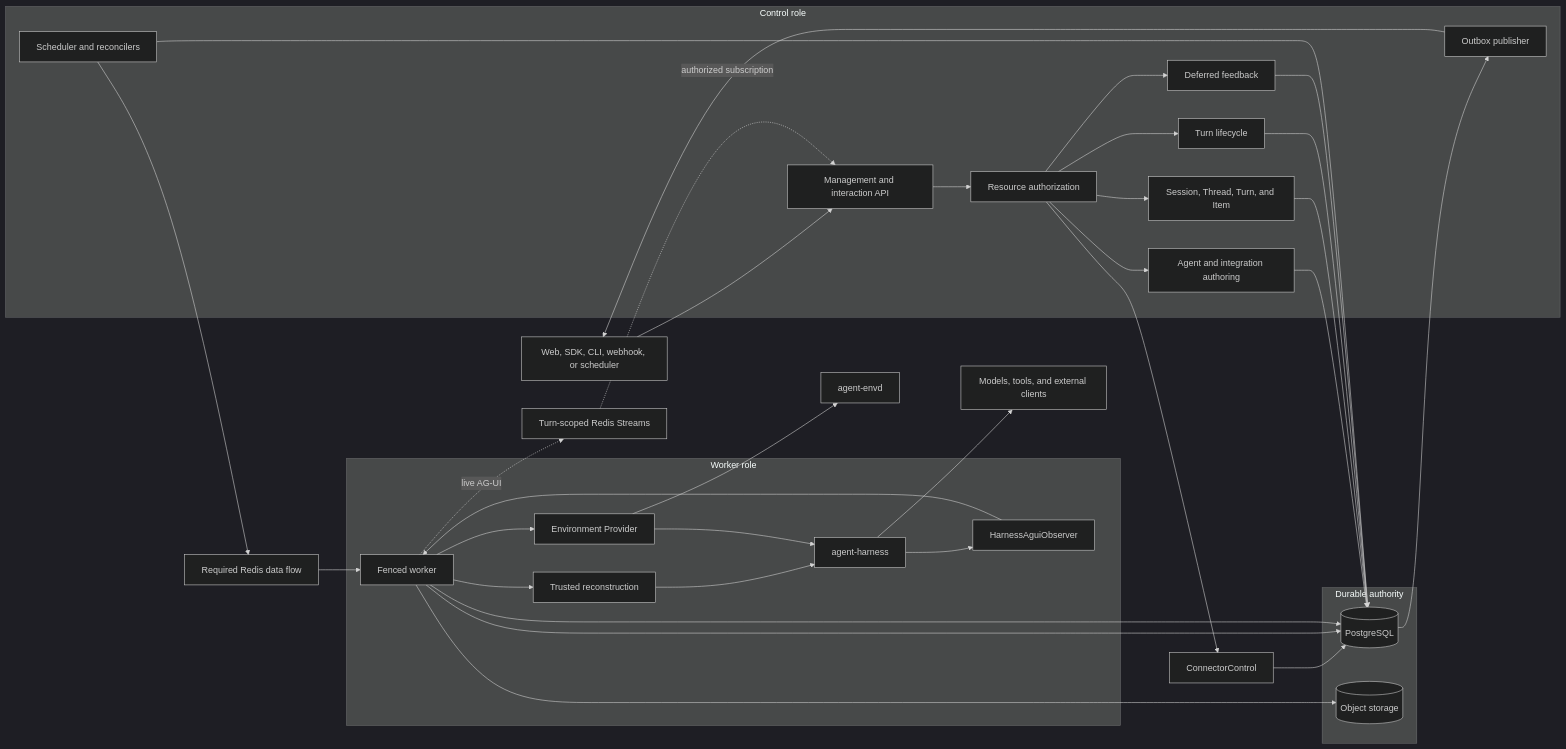
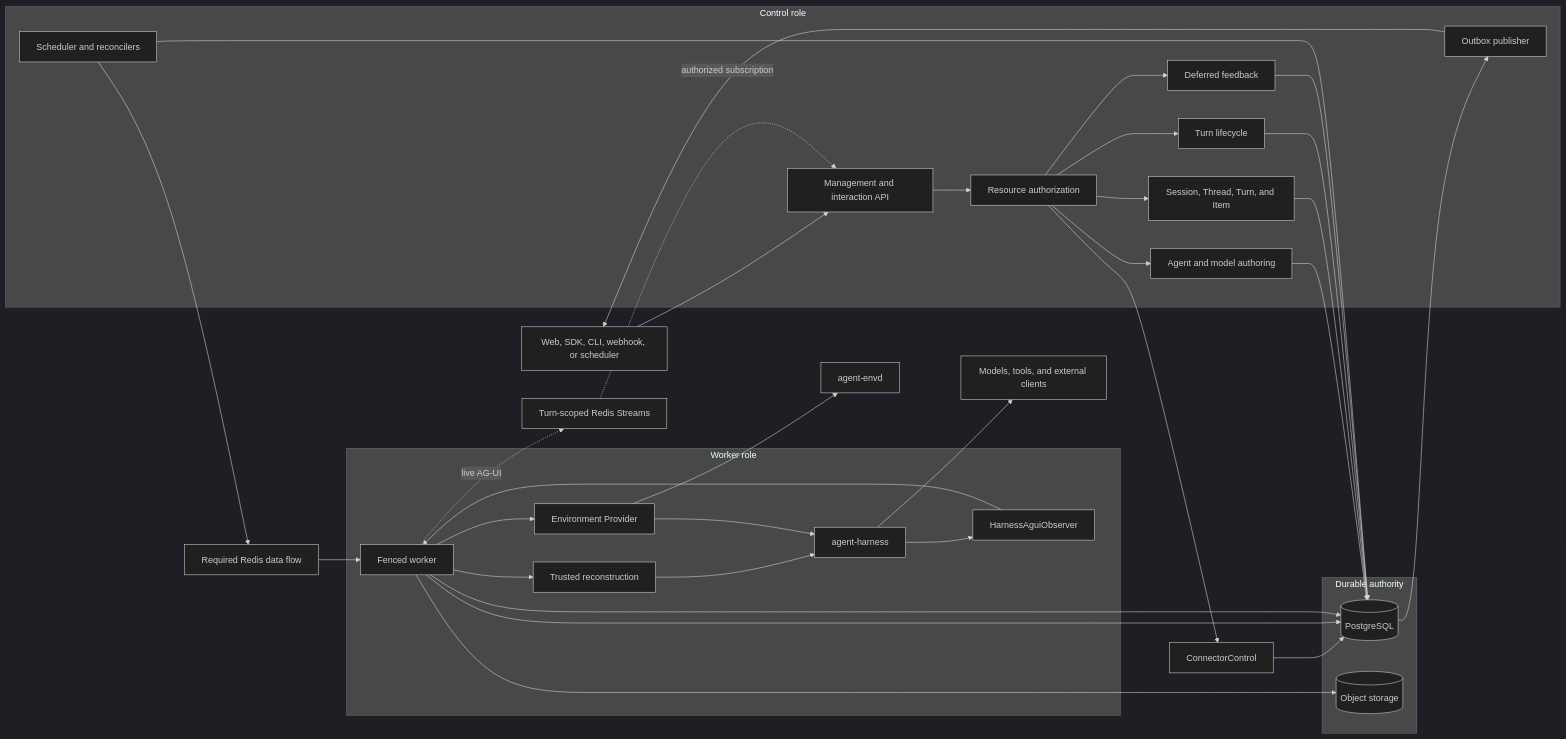
The first of 3 diagrams in spec/foundation-service/00-overview.md (LTThreeComma/agent-foundation), drawn with Mermaid (dark theme) before and after one commit. The commit also changed other lines of this file and 16 other files, not shown here.

````diff
--- a/spec/foundation-service/00-overview.md
+++ b/spec/foundation-service/00-overview.md
@@ -13,49 +13,49 @@
 ```mermaid
 flowchart LR
     Client[Web, SDK, CLI, webhook, or scheduler]
 
     subgraph Control[Control role]
         API[Management and interaction API]
         Auth[Resource authorization]
-        Authoring[Agent and integration authoring]
+        Authoring[Agent and model authoring]
         Interaction[Session, Thread, Turn, and Item]
         Lifecycle[Turn lifecycle]
         Scheduler[Scheduler and reconcilers]
         Feedback[Deferred feedback]
         Publisher[Outbox publisher]
     end
 
     subgraph Durable[Durable authority]
         Database[(PostgreSQL)]
         Objects[(Object storage)]
     end
 
     Coordination[Required Redis data flow]
     LiveBus[Turn-scoped Redis Streams]
 
     subgraph WorkerRole[Worker role]
         Worker[Fenced worker]
         Reconstruct[Trusted reconstruction]
         Provider[Environment Provider]
         Observer[HarnessAguiObserver]
         Harness[agent-harness]
     end
 
     Envd[agent-envd]
     External[Models, tools, and external clients]
 
     Client --> API --> Auth
     Auth --> Authoring & Interaction & Lifecycle & ConnectorControl & Feedback
     Authoring & Interaction & Lifecycle & ConnectorControl & Feedback --> Database
     Scheduler --> Database
     Scheduler --> Coordination --> Worker
     Worker --> Database
     Worker --> Reconstruct --> Harness
     Worker --> Provider --> Harness
     Provider --> Envd
     Harness --> External
     Harness --> Observer --> Worker
     Worker -. live AG-UI .-> LiveBus -. authorized subscription .-> API
     Worker --> Database & Objects
     Database --> Publisher --> Client
 ```
````
